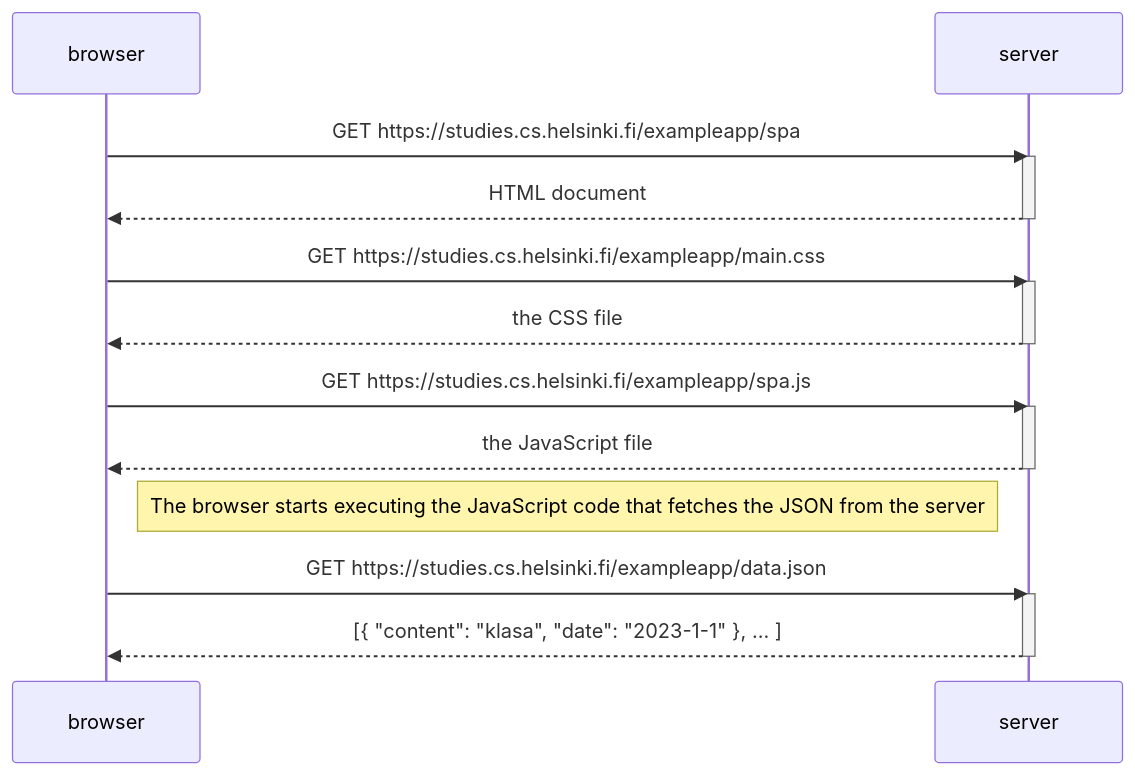
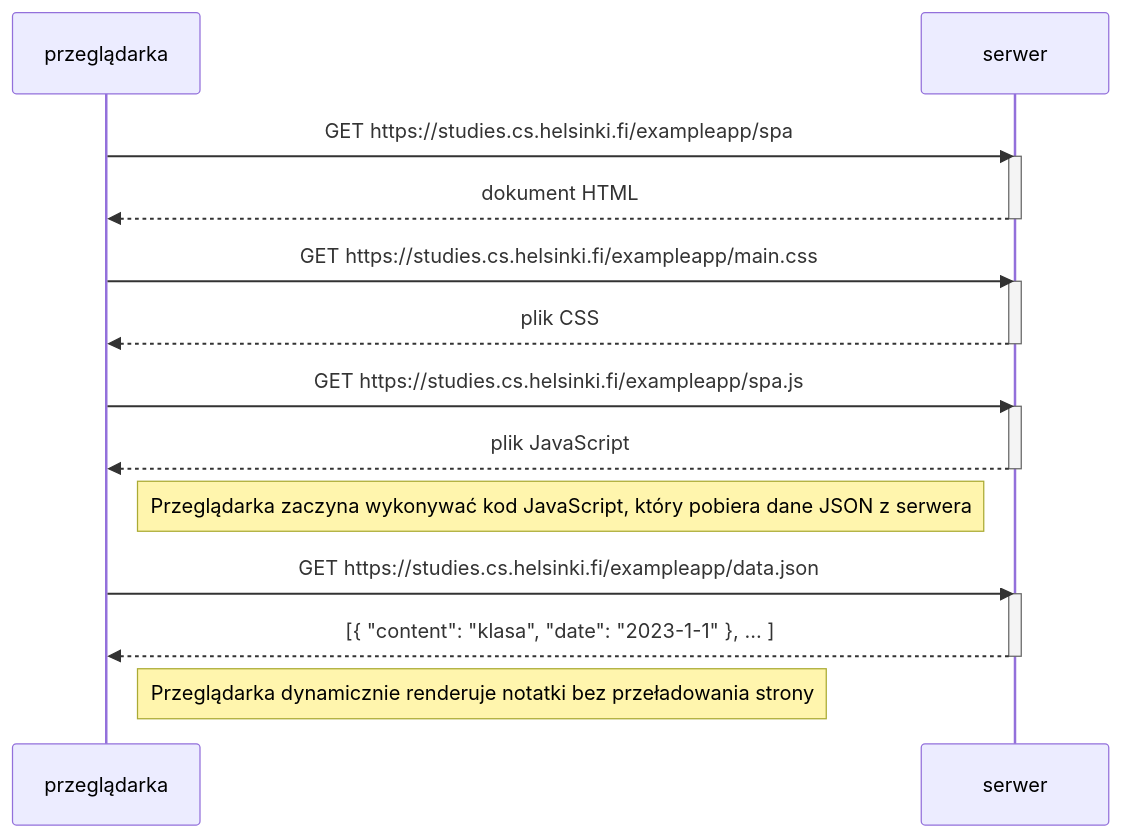
The diagram in Part0/zad0-5.mmd (Layer2843/my-repo), drawn with Mermaid before and after one commit. The commit also changed 2 other files, not shown here.

```diff
--- a/Part0/zad0-5.mmd
+++ b/Part0/zad0-5.mmd
@@ -1,25 +1,27 @@
 sequenceDiagram
-    participant browser
-    participant server
+    participant przeglądarka
+    participant serwer
 
-    browser->>server: GET https://studies.cs.helsinki.fi/exampleapp/spa
-    activate server
-    server-->>browser: HTML document
-    deactivate server
+    przeglądarka->>serwer: GET https://studies.cs.helsinki.fi/exampleapp/spa
+    activate serwer
+    serwer-->>przeglądarka: dokument HTML
+    deactivate serwer
 
-    browser->>server: GET https://studies.cs.helsinki.fi/exampleapp/main.css
-    activate server
-    server-->>browser: the CSS file
-    deactivate server
+    przeglądarka->>serwer: GET https://studies.cs.helsinki.fi/exampleapp/main.css
+    activate serwer
+    serwer-->>przeglądarka: plik CSS
+    deactivate serwer
 
-    browser->>server: GET https://studies.cs.helsinki.fi/exampleapp/spa.js
-    activate server
-    server-->>browser: the JavaScript file
-    deactivate server
+    przeglądarka->>serwer: GET https://studies.cs.helsinki.fi/exampleapp/spa.js
+    activate serwer
+    serwer-->>przeglądarka: plik JavaScript
+    deactivate serwer
 
-    Note right of browser: The browser starts executing the JavaScript code that fetches the JSON from the server
+    Note right of przeglądarka: Przeglądarka zaczyna wykonywać kod JavaScript, który pobiera dane JSON z serwera
 
-    browser->>server: GET https://studies.cs.helsinki.fi/exampleapp/data.json
-    activate server
-    server-->>browser: [{ "content": "klasa", "date": "2023-1-1" }, ... ]
-    deactivate server
+    przeglądarka->>serwer: GET https://studies.cs.helsinki.fi/exampleapp/data.json
+    activate serwer
+    serwer-->>przeglądarka: [{ "content": "klasa", "date": "2023-1-1" }, ... ]
+    deactivate serwer
+
+    Note right of przeglądarka: Przeglądarka dynamicznie renderuje notatki bez przeładowania strony
```
